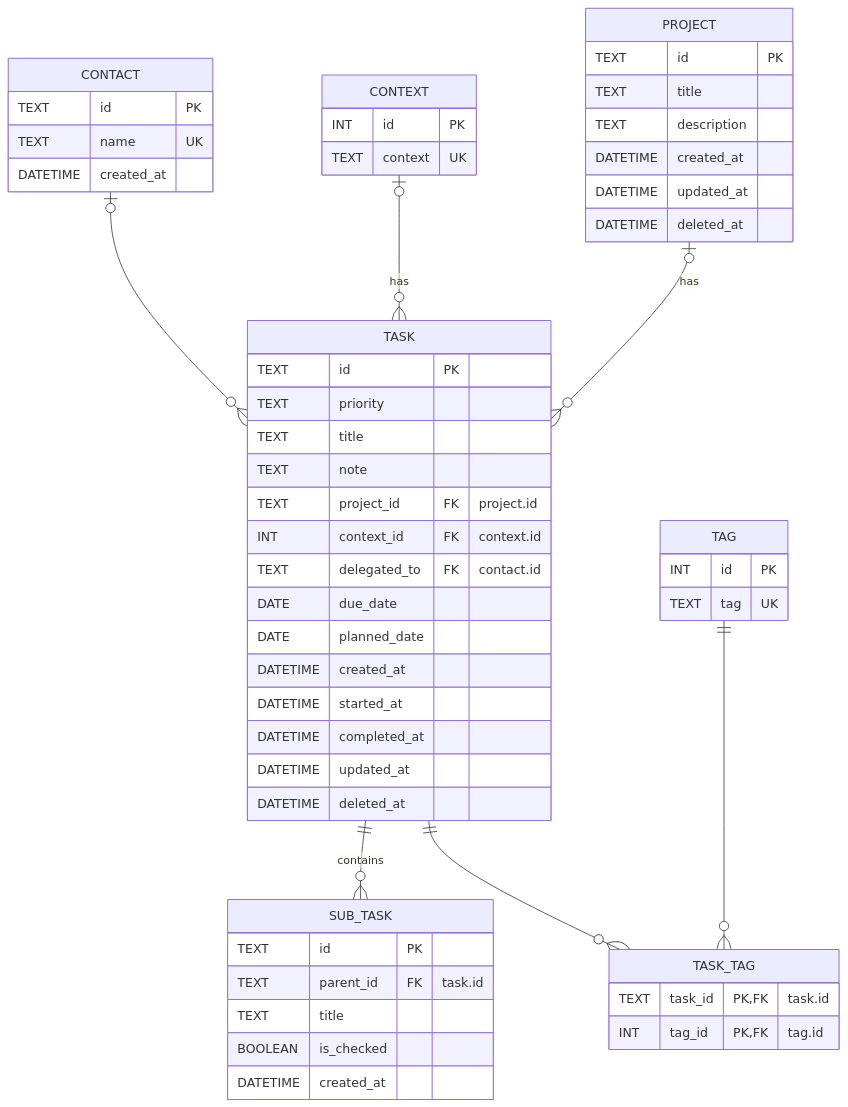
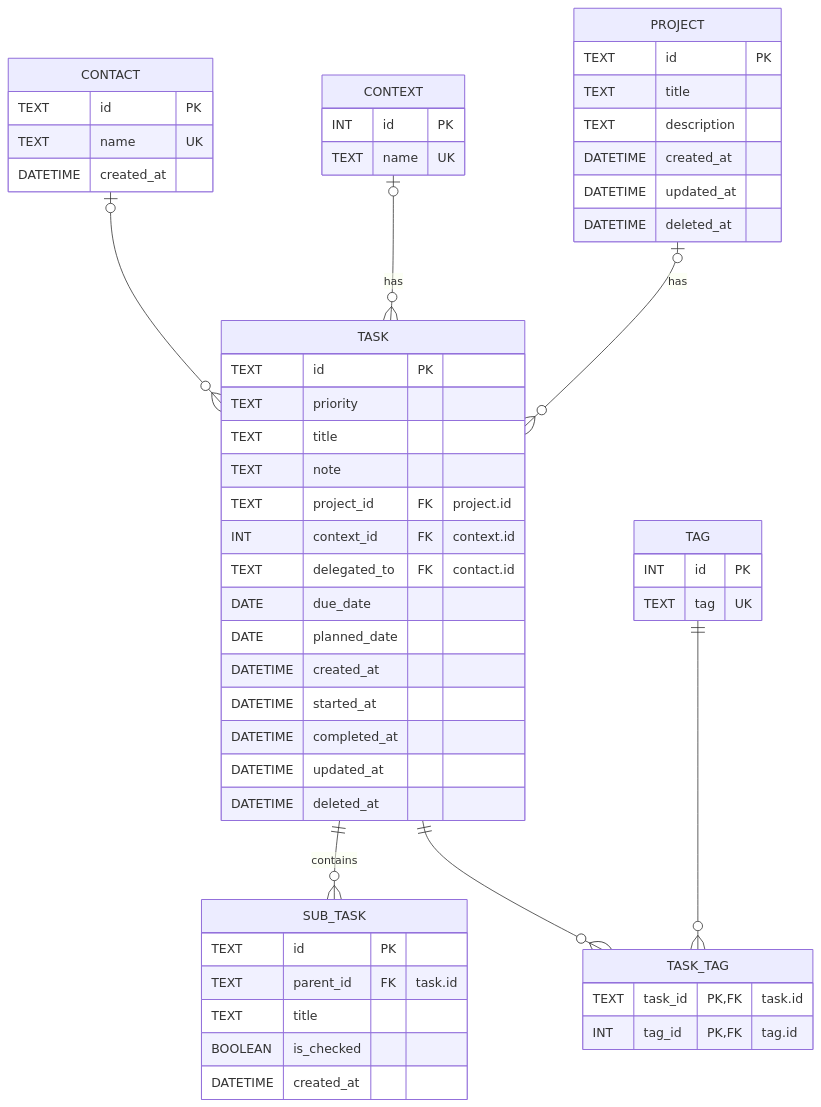
Before and after one commit to rvnkcode/dawn_cli: the diagram in docs/db.md, drawn with Mermaid. The commit also changed other lines of this file, not shown here.

Commit message:
Update DB schema doc: rename context column to name

````diff
--- a/docs/db.md
+++ b/docs/db.md
@@ -12,64 +12,64 @@
 ```mermaid
 erDiagram
     CONTACT |o--o{ TASK : ""
     CONTEXT |o--o{ TASK : has
     PROJECT |o--o{ TASK : has
     TASK ||--o{ SUB_TASK : contains
     TASK ||--o{ TASK_TAG : ""
     TAG ||--o{ TASK_TAG : ""
 
     CONTACT {
         TEXT id PK
         TEXT name UK
         DATETIME created_at
     }
 
     CONTEXT {
         INT id PK
-        TEXT context UK
+        TEXT name UK
     }
 
     PROJECT {
         TEXT id PK
         TEXT title
         TEXT description
         DATETIME created_at
         DATETIME updated_at
         DATETIME deleted_at
     }
 
     TASK {
         TEXT id PK
         TEXT priority
         TEXT title
         TEXT note
         TEXT project_id FK "project.id"
         INT context_id FK "context.id"
         TEXT delegated_to FK "contact.id"
         DATE due_date
         DATE planned_date
         DATETIME created_at
         DATETIME started_at
         DATETIME completed_at
         DATETIME updated_at
         DATETIME deleted_at
     }
 
     SUB_TASK {
         TEXT id PK
         TEXT parent_id FK "task.id"
         TEXT title
         BOOLEAN is_checked
         DATETIME created_at
     }
 
     TAG {
         INT id PK
         TEXT tag UK
     }
 
     TASK_TAG {
         TEXT task_id PK,FK "task.id"
         INT tag_id PK,FK "tag.id"
     }
 ```
````
